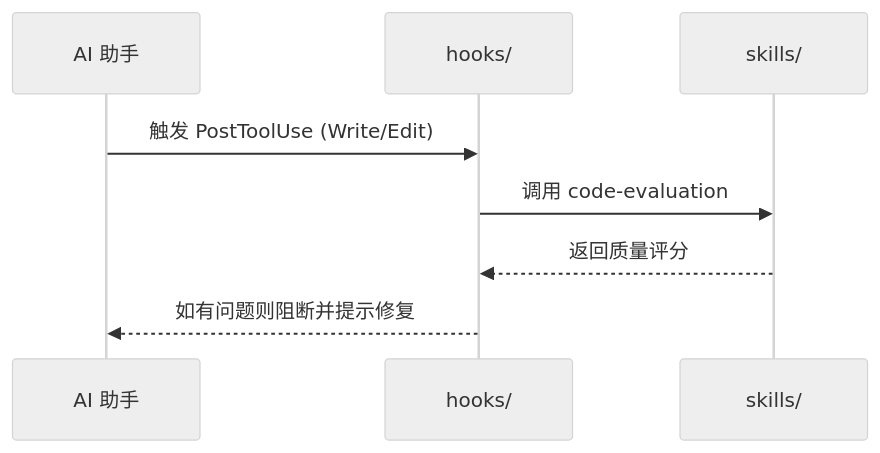
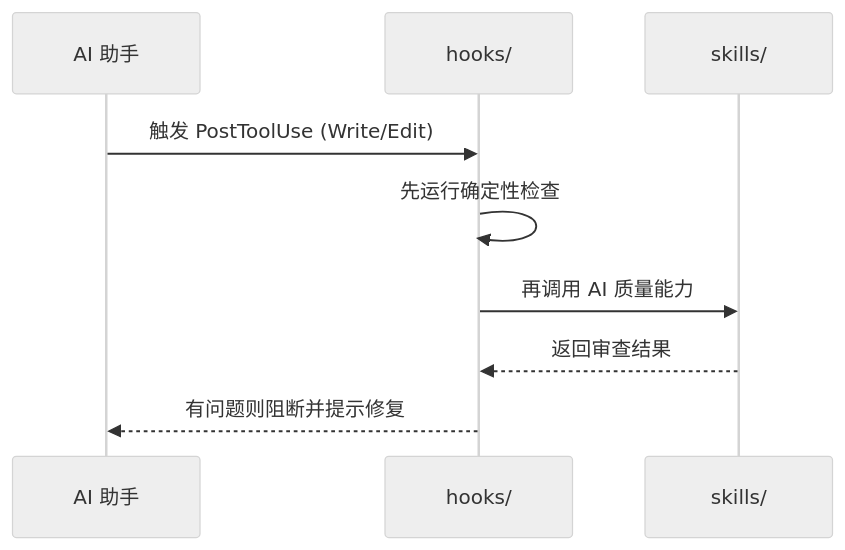
The sixth of 6 diagrams in docs/architecture.md (Kucell/cortex-agent), drawn with Mermaid (neutral theme) before and after one commit. The commit also changed other lines of this file and 24 other files, not shown here.

````diff
--- a/docs/architecture.md
+++ b/docs/architecture.md
@@ -174,11 +329,12 @@
 ```mermaid
 sequenceDiagram
     participant IDE as AI 助手
     participant Hook as hooks/
     participant Skill as skills/
 
     IDE->>Hook: 触发 PostToolUse (Write/Edit)
-    Hook->>Skill: 调用 code-evaluation
-    Skill-->>Hook: 返回质量评分
-    Hook-->>IDE: 如有问题则阻断并提示修复
+    Hook->>Hook: 先运行确定性检查
+    Hook->>Skill: 再调用 AI 质量能力
+    Skill-->>Hook: 返回审查结果
+    Hook-->>IDE: 有问题则阻断并提示修复
 ```
````
